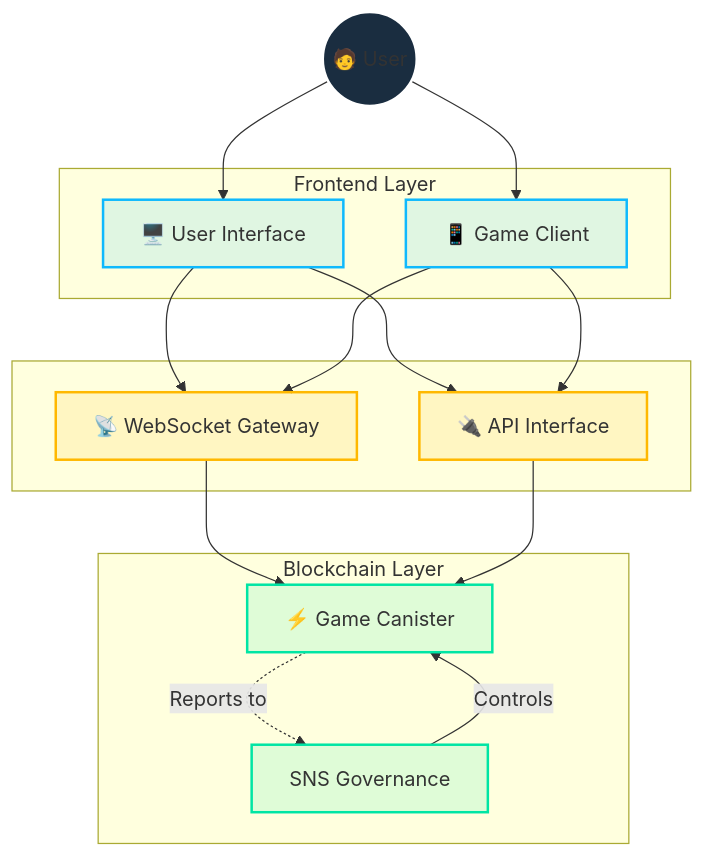
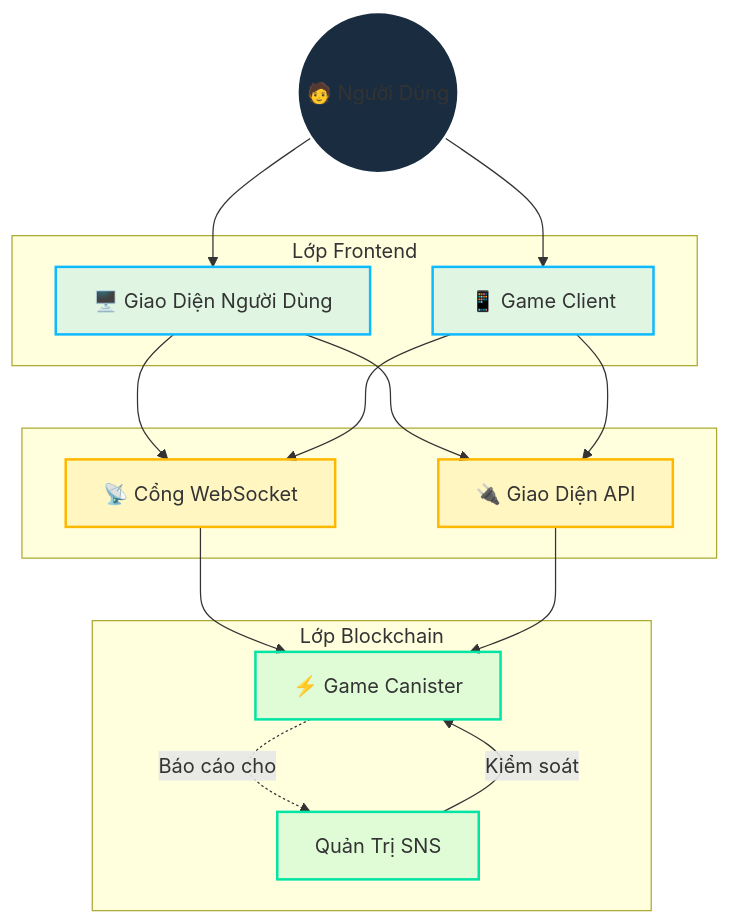
The diagram in src/frontend/src/assets/markdown/vi/architecture.md (cosmicrafts/cosmicrafts-dao), drawn with Mermaid before and after one commit. The commit also changed other lines of this file and 12 other files, not shown here.

````diff
--- a/src/frontend/src/assets/markdown/vi/architecture.md
+++ b/src/frontend/src/assets/markdown/vi/architecture.md
@@ -159,47 +42,47 @@
 ```mermaid
 graph TD
-    %% Core User Layer
-    User(("🧑 User"))
+    %% Lớp Người Dùng Cốt Lõi
+    User(("🧑 Người Dùng"))
     
-    %% Frontend Layer
-    subgraph "Frontend Layer"
-        UI["🖥️ User Interface"]
+    %% Lớp Frontend
+    subgraph "Lớp Frontend"
+        UI["🖥️ Giao Diện Người Dùng"]
         Client["📱 Game Client"]
     end
     
-    %% Communication Layer
+    %% Lớp Giao Tiếp
     subgraph " "
-        WS["📡 WebSocket Gateway"]
-        API["🔌 API Interface"]
+        WS["📡 Cổng WebSocket"]
+        API["🔌 Giao Diện API"]
     end
     
-    %% Blockchain Layer
-    subgraph "Blockchain Layer"
+    %% Lớp Blockchain
+    subgraph "Lớp Blockchain"
         Canister["⚡ Game Canister"]
-        DAO["SNS Governance"]
+        DAO["Quản Trị SNS"]
     end
     
-    %% Connections
+    %% Kết Nối
     User --> UI
     User --> Client
     UI --> WS
     UI --> API
     Client --> WS
     Client --> API
     WS --> Canister
     API --> Canister
-    Canister -.->|"Reports to"| DAO
-    DAO -->|"Controls"| Canister
+    Canister -.->|"Báo cáo cho"| DAO
+    DAO -->|"Kiểm soát"| Canister
     
-    %% Styles
+    %% Kiểu Dáng
     classDef user fill:#1a2d40,stroke:#fff,stroke-width:2px
     classDef frontend fill:#0FB9FD20,stroke:#0FB9FD,stroke-width:2px
     classDef comms fill:#FFB80020,stroke:#FFB800,stroke-width:2px
     classDef blockchain fill:#00E5A420,stroke:#00E5A4,stroke-width:2px
     
-    %% Apply styles
+    %% Áp dụng kiểu dáng
     class User user
     class UI,Client frontend
     class WS,API comms
     class Canister,DAO blockchain
 ```
````
